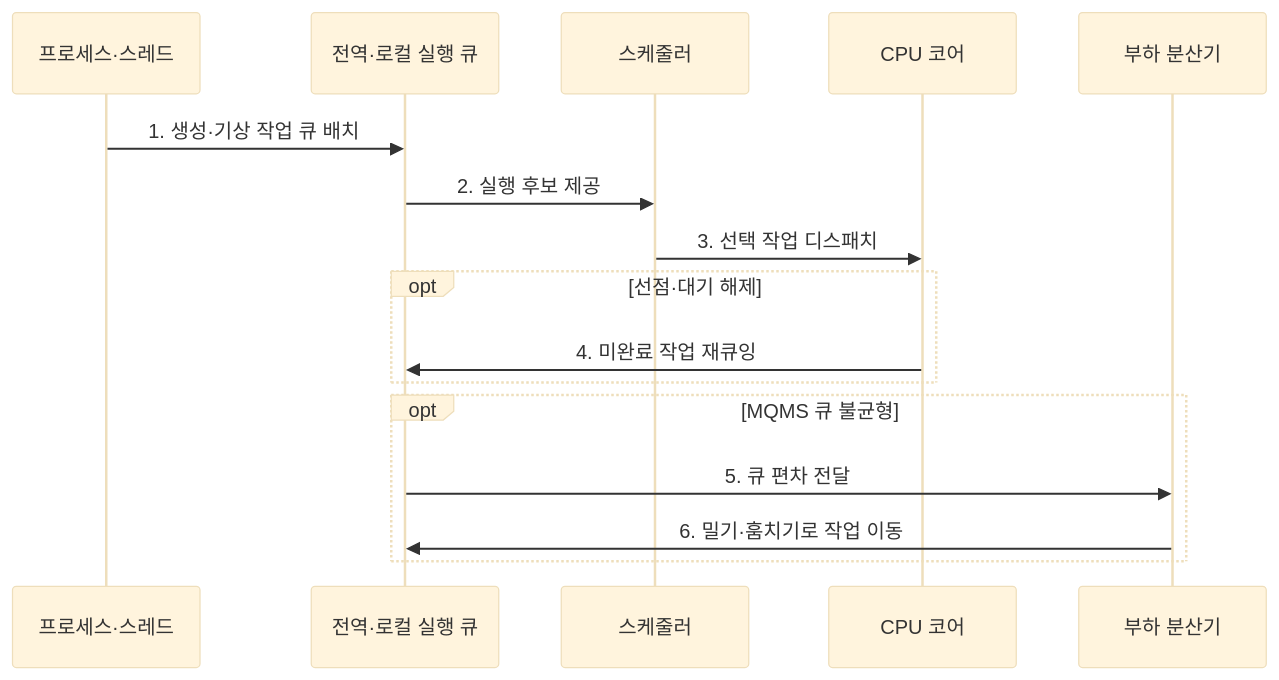
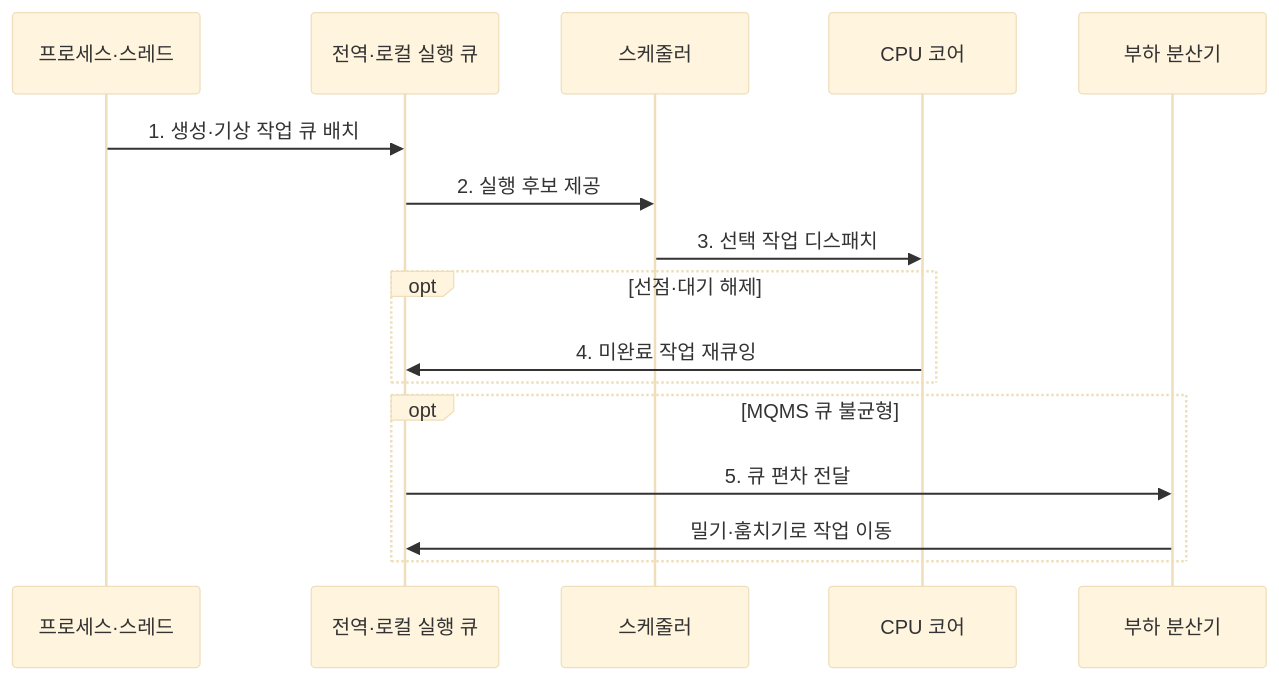
The second of 2 diagrams in src/content/docs/notes/03-software/028_multiprocessor_scheduling_sqms_mqms.md (agnusdei1207/knowledge-base), drawn with Mermaid (base theme) before and after one commit. The commit also changed other lines of this file and 238 other files, not shown here.

````diff
--- a/src/content/docs/notes/03-software/028_multiprocessor_scheduling_sqms_mqms.md
+++ b/src/content/docs/notes/03-software/028_multiprocessor_scheduling_sqms_mqms.md
@@ -89,18 +92,18 @@
 ```mermaid
 sequenceDiagram
     participant T as 프로세스·스레드
     participant Q as 전역·로컬 실행 큐
     participant S as 스케줄러
     participant C as CPU 코어
     participant B as 부하 분산기
     T->>Q: 1. 생성·기상 작업 큐 배치
     Q->>S: 2. 실행 후보 제공
     S->>C: 3. 선택 작업 디스패치
     opt 선점·대기 해제
         C->>Q: 4. 미완료 작업 재큐잉
     end
     opt MQMS 큐 불균형
         Q->>B: 5. 큐 편차 전달
-        B->>Q: 6. 밀기·훔치기로 작업 이동
+        B->>Q: 밀기·훔치기로 작업 이동
     end
 ```
````
